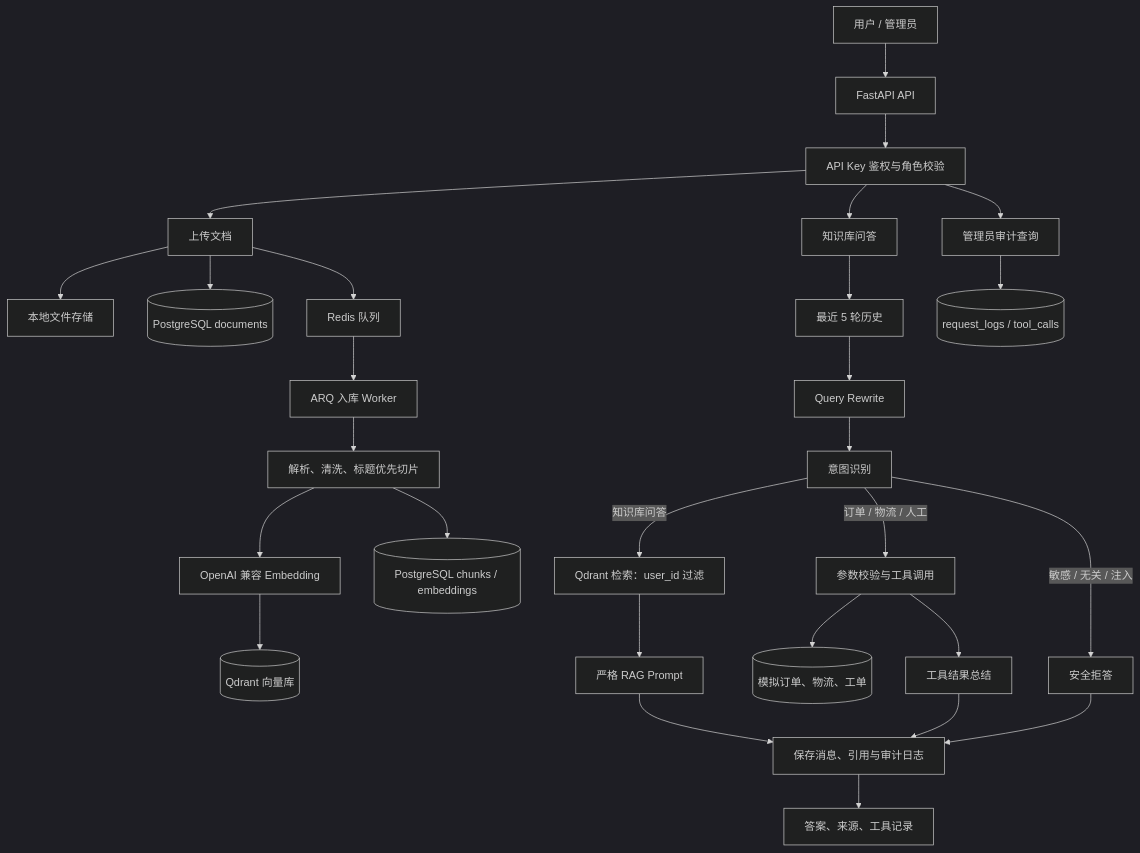
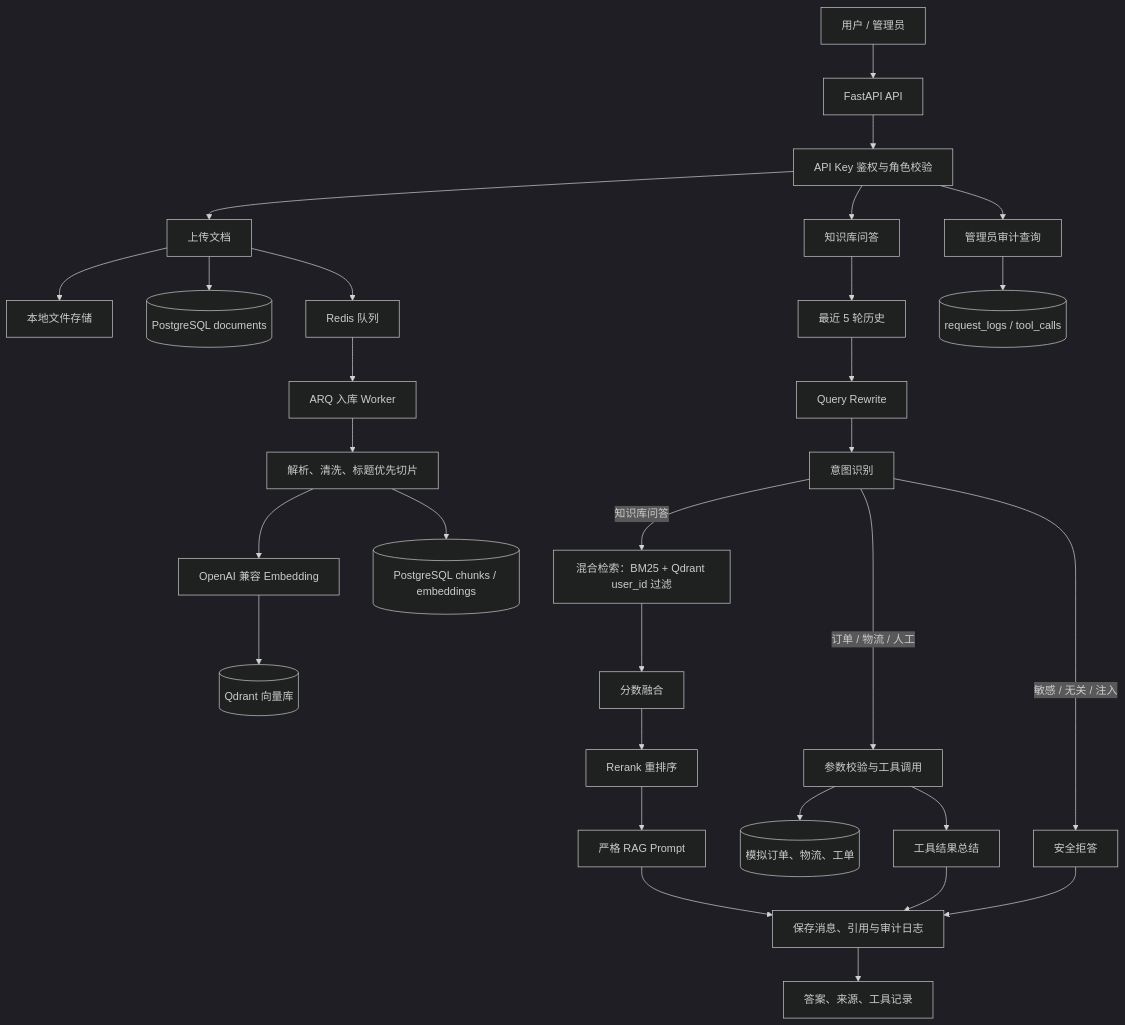
One commit to 1hurriedlY/enterprise-knowledge-qa changed the diagram in docs/architecture.md. Above: the diagram before and after it, drawn with Mermaid (dark theme). The commit also changed other lines of this file and 6 other files, not shown here.

````diff
--- a/docs/architecture.md
+++ b/docs/architecture.md
@@ -3,33 +3,35 @@
 ```mermaid
 flowchart TD
     U[用户 / 管理员] --> API[FastAPI API]
     API --> AUTH[API Key 鉴权与角色校验]
 
     AUTH --> UPLOAD[上传文档]
     UPLOAD --> FS[本地文件存储]
     UPLOAD --> DOC[(PostgreSQL documents)]
     UPLOAD --> Q[Redis 队列]
     Q --> W[ARQ 入库 Worker]
     W --> PARSE[解析、清洗、标题优先切片]
     PARSE --> EMB[OpenAI 兼容 Embedding]
     EMB --> VDB[(Qdrant 向量库)]
     PARSE --> CHUNK[(PostgreSQL chunks / embeddings)]
 
     AUTH --> CHAT[知识库问答]
     CHAT --> HISTORY[最近 5 轮历史]
     HISTORY --> REWRITE[Query Rewrite]
     REWRITE --> INTENT[意图识别]
-    INTENT -->|知识库问答| RETRIEVE[Qdrant 检索：user_id 过滤]
-    RETRIEVE --> RAG[严格 RAG Prompt]
+    INTENT -->|知识库问答| RETRIEVE[混合检索：BM25 + Qdrant user_id 过滤]
+    RETRIEVE --> FUSE[分数融合]
+    FUSE --> RERANK[Rerank 重排序]
+    RERANK --> RAG[严格 RAG Prompt]
     INTENT -->|订单 / 物流 / 人工| TOOL[参数校验与工具调用]
     TOOL --> BIZ[(模拟订单、物流、工单)]
     TOOL --> SUMMARY[工具结果总结]
     INTENT -->|敏感 / 无关 / 注入| REFUSE[安全拒答]
     RAG --> SAVE[保存消息、引用与审计日志]
     SUMMARY --> SAVE
     REFUSE --> SAVE
     SAVE --> RESP[答案、来源、工具记录]
 
     AUTH --> ADMIN[管理员审计查询]
     ADMIN --> LOGS[(request_logs / tool_calls)]
 ```
````
